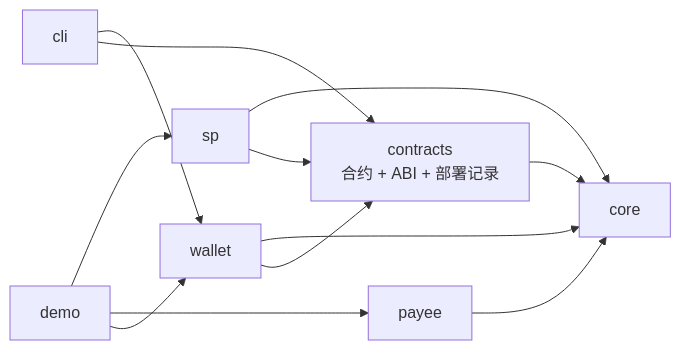
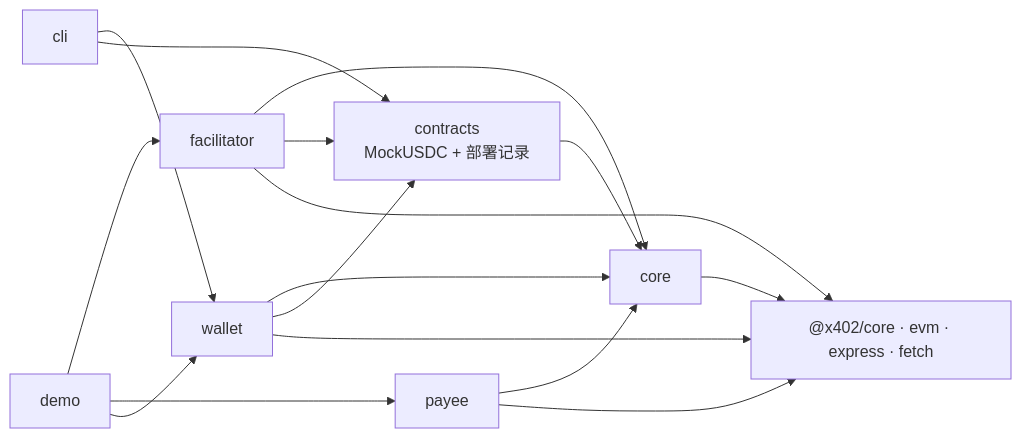
Before and after one commit to linqizhe07/agentpay: the first of 2 diagrams in docs/technical-report.md, drawn with Mermaid. The commit also changed other lines of this file and 3 other files, not shown here.

````diff
--- a/docs/technical-report.md
+++ b/docs/technical-report.md
@@ -40,21 +42,26 @@
 ```mermaid
 graph LR
+  x402["@x402/core · evm · express · fetch"]
   core[core]
-  contracts[contracts<br/>合约 + ABI + 部署记录]
-  sp[sp]
+  contracts[contracts<br/>MockUSDC + 部署记录]
+  facilitator[facilitator]
   payee[payee]
   wallet[wallet]
   cli[cli]
   demo[demo]
+  core --> x402
   contracts --> core
-  sp --> core
-  sp --> contracts
+  facilitator --> core
+  facilitator --> contracts
+  facilitator --> x402
   payee --> core
+  payee --> x402
   wallet --> core
   wallet --> contracts
+  wallet --> x402
   cli --> wallet
   cli --> contracts
-  demo --> sp
+  demo --> facilitator
   demo --> payee
   demo --> wallet
 ```
````
